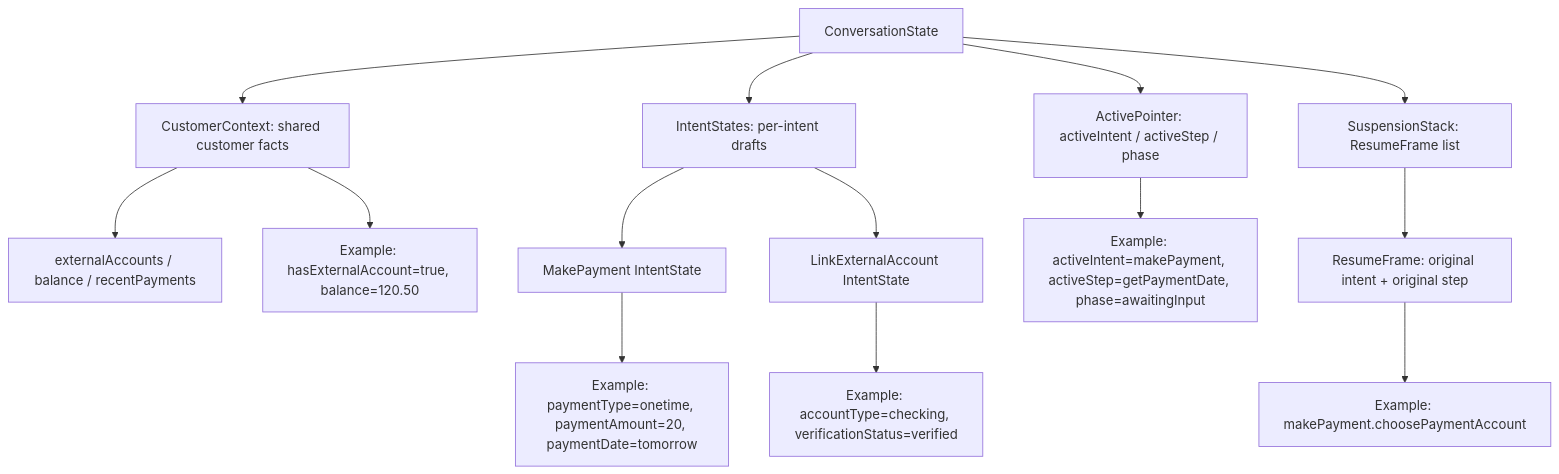
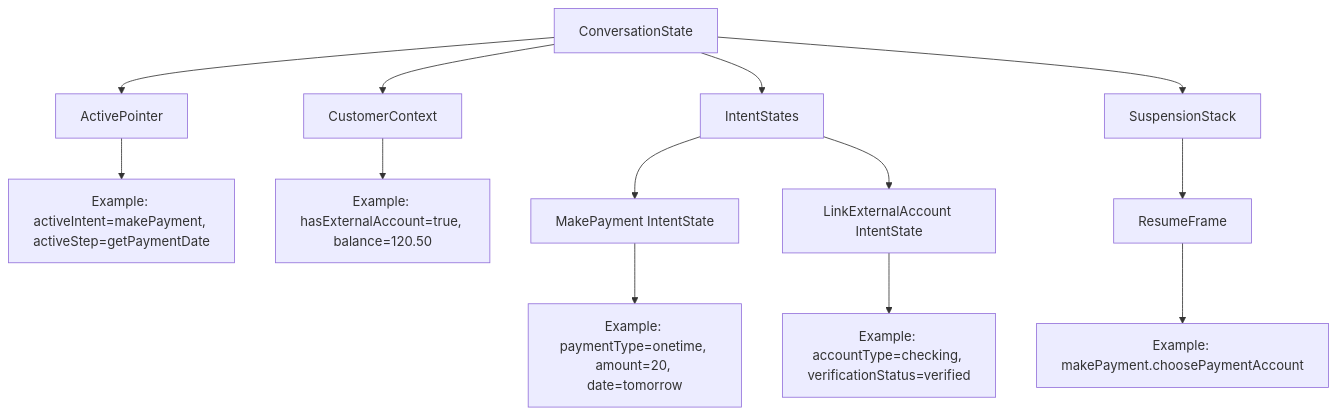
The fifth of 8 diagrams in docs/superpowers/specs/2026-06-07-intent-step-orchestration-confluence.md (fghjkl007/adk-go-company-model-integration), drawn with Mermaid before and after one commit. The commit also changed other lines of this file, not shown here.

Commit message:
docs: simplify confluence demo diagrams

````diff
--- a/docs/superpowers/specs/2026-06-07-intent-step-orchestration-confluence.md
+++ b/docs/superpowers/specs/2026-06-07-intent-step-orchestration-confluence.md
@@ -193,17 +114,20 @@
 ```mermaid
 flowchart TD
-  ConversationState["ConversationState"] --> CustomerContext["CustomerContext: shared customer facts"]
-  ConversationState --> IntentStates["IntentStates: per-intent drafts"]
-  ConversationState --> ActivePointer["ActivePointer: activeIntent / activeStep / phase"]
-  ConversationState --> SuspensionStack["SuspensionStack: ResumeFrame list"]
+  State["ConversationState"] --> Active["ActivePointer"]
+  State --> Customer["CustomerContext"]
+  State --> Intents["IntentStates"]
+  State --> Stack["SuspensionStack"]
 
-  CustomerContext --> Accounts["externalAccounts / balance / recentPayments"]
-  CustomerContext --> CustomerExample["Example: hasExternalAccount=true, balance=120.50"]
-  IntentStates --> MakePaymentState["MakePayment IntentState"]
-  IntentStates --> LinkAccountState["LinkExternalAccount IntentState"]
-  MakePaymentState --> MakePaymentExample["Example: paymentType=onetime, paymentAmount=20, paymentDate=tomorrow"]
-  LinkAccountState --> LinkAccountExample["Example: accountType=checking, verificationStatus=verified"]
-  ActivePointer --> ActiveExample["Example: activeIntent=makePayment, activeStep=getPaymentDate, phase=awaitingInput"]
-  SuspensionStack --> ResumeFrame["ResumeFrame: original intent + original step"]
-  ResumeFrame --> ResumeExample["Example: makePayment.choosePaymentAccount"]
+  Active --> ActiveEx["Example: activeIntent=makePayment, activeStep=getPaymentDate"]
+
+  Customer --> CustomerEx["Example: hasExternalAccount=true, balance=120.50"]
+
+  Intents --> MP["MakePayment IntentState"]
+  MP --> MPEx["Example: paymentType=onetime, amount=20, date=tomorrow"]
+
+  Intents --> LEA["LinkExternalAccount IntentState"]
+  LEA --> LEAEx["Example: accountType=checking, verificationStatus=verified"]
+
+  Stack --> Frame["ResumeFrame"]
+  Frame --> FrameEx["Example: makePayment.choosePaymentAccount"]
 ```
````
